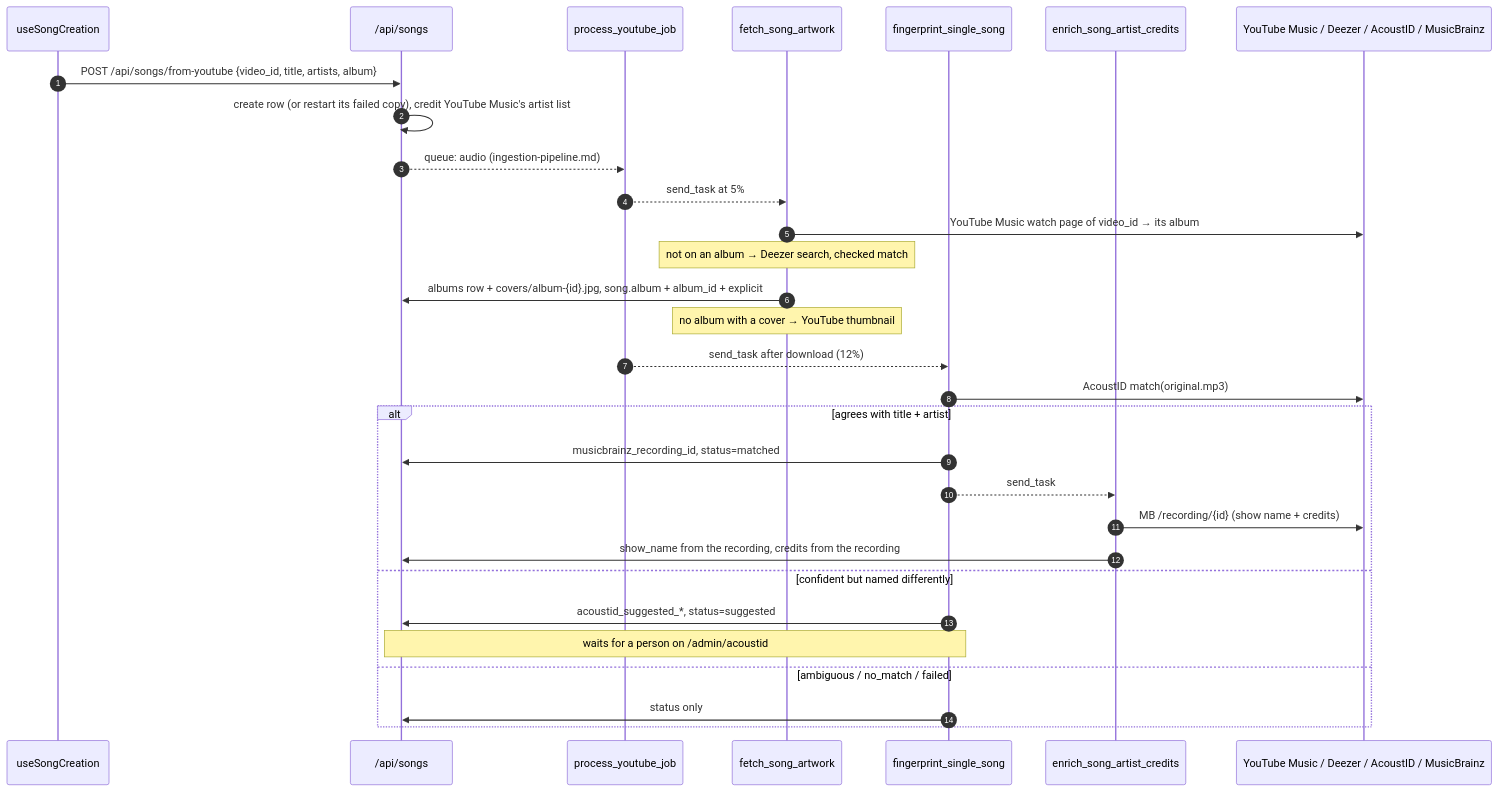
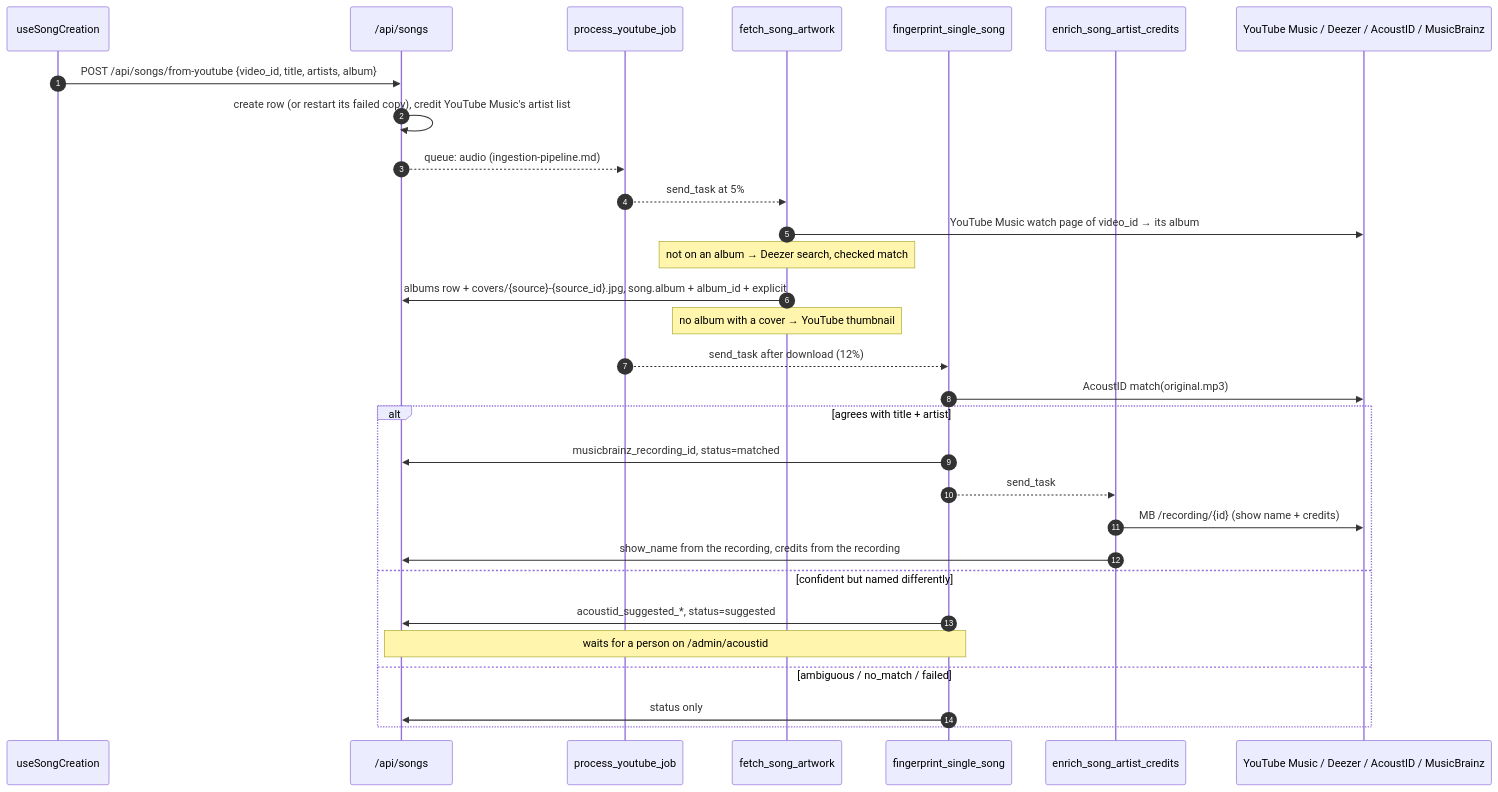
Before and after one commit to spencerfrost/open-karaoke-studio: the fourth of 10 diagrams in docs/domains/song-library.md, drawn with Mermaid. The commit also changed other lines of this file and 5 other files, not shown here.

````diff
--- a/docs/domains/song-library.md
+++ b/docs/domains/song-library.md
@@ -190,33 +190,33 @@
 ```mermaid
 sequenceDiagram
     autonumber
     participant UI as useSongCreation
     participant API as /api/songs
     participant W as process_youtube_job
     participant Art as fetch_song_artwork
     participant FP as fingerprint_single_song
     participant Cr as enrich_song_artist_credits
     participant Ext as YouTube Music / Deezer / AcoustID / MusicBrainz
 
     UI->>API: POST /api/songs/from-youtube {video_id, title, artists, album}
     API->>API: create row (or restart its failed copy), credit YouTube Music's artist list
     API-->>W: queue: audio (ingestion-pipeline.md)
     W-->>Art: send_task at 5%
     Art->>Ext: YouTube Music watch page of video_id → its album
     Note over Art: not on an album → Deezer search, checked match
-    Art->>API: albums row + covers/album-{id}.jpg, song.album + album_id + explicit
+    Art->>API: albums row + covers/{source}-{source_id}.jpg, song.album + album_id + explicit
     Note over Art: no album with a cover → YouTube thumbnail
     W-->>FP: send_task after download (12%)
     FP->>Ext: AcoustID match(original.mp3)
     alt agrees with title + artist
         FP->>API: musicbrainz_recording_id, status=matched
         FP-->>Cr: send_task
         Cr->>Ext: MB /recording/{id} (show name + credits)
         Cr->>API: show_name from the recording, credits from the recording
     else confident but named differently
         FP->>API: acoustid_suggested_*, status=suggested
         Note over FP,API: waits for a person on /admin/acoustid
     else ambiguous / no_match / failed
         FP->>API: status only
     end
 ```
````
